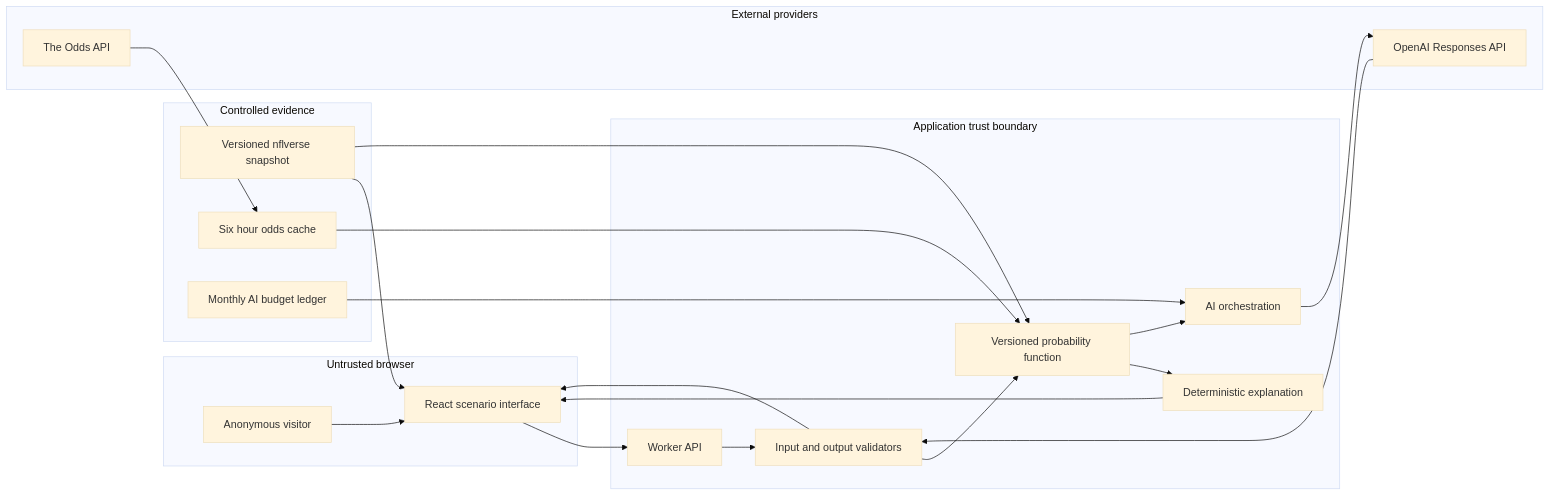
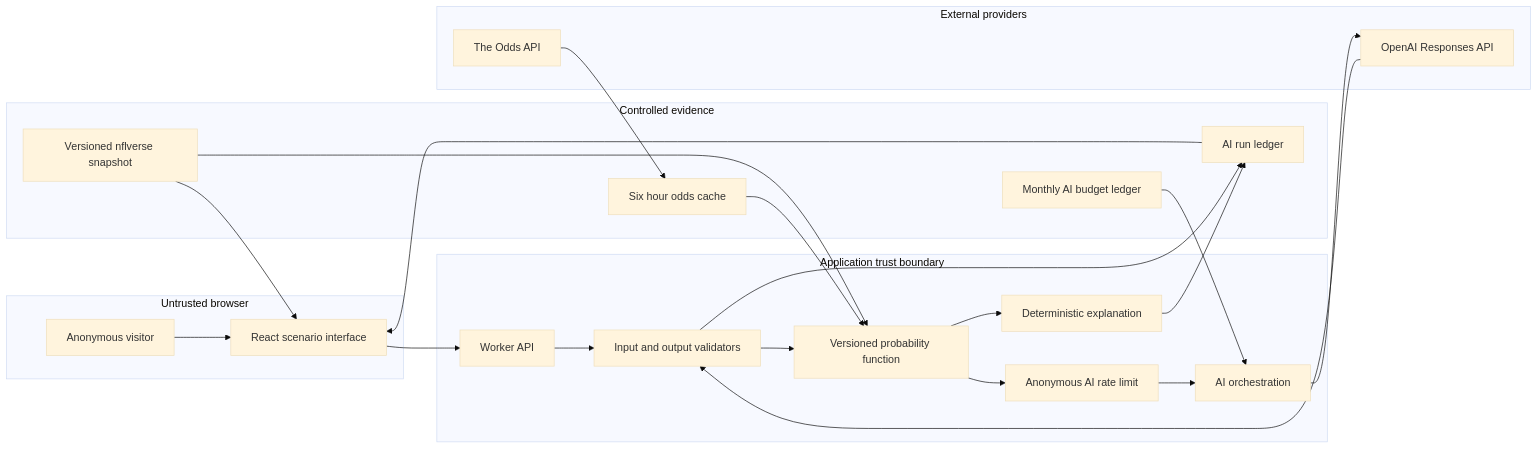
The first of 2 diagrams in docs/frontier-ai-architecture.md (erlawler/road-to-six), drawn with Mermaid (base theme) before and after one commit. The commit also changed other lines of this file and 46 other files, not shown here.

````diff
--- a/docs/frontier-ai-architecture.md
+++ b/docs/frontier-ai-architecture.md
@@ -11,42 +11,46 @@
 ```mermaid
 flowchart LR
     subgraph browser["Untrusted browser"]
         visitor["Anonymous visitor"]
         interface["React scenario interface"]
     end
 
     subgraph app["Application trust boundary"]
         router["Worker API"]
         validator["Input and output validators"]
         forecast["Versioned probability function"]
         fallback["Deterministic explanation"]
+        rate_limit["Anonymous AI rate limit"]
         ai_orchestrator["AI orchestration"]
     end
 
     subgraph evidence["Controlled evidence"]
         snapshot["Versioned nflverse snapshot"]
         odds_cache["Six hour odds cache"]
         budget["Monthly AI budget ledger"]
+        runs["AI run ledger"]
     end
 
     subgraph providers["External providers"]
         odds["The Odds API"]
         openai["OpenAI Responses API"]
     end
 
     visitor --> interface
     snapshot --> interface
     interface --> router
     router --> validator
     validator --> forecast
     snapshot --> forecast
     odds_cache --> forecast
     odds --> odds_cache
     forecast --> fallback
-    forecast --> ai_orchestrator
+    forecast --> rate_limit
+    rate_limit --> ai_orchestrator
     budget --> ai_orchestrator
     ai_orchestrator --> openai
     openai --> validator
-    validator --> interface
-    fallback --> interface
+    validator --> runs
+    fallback --> runs
+    runs --> interface
 ```
````
